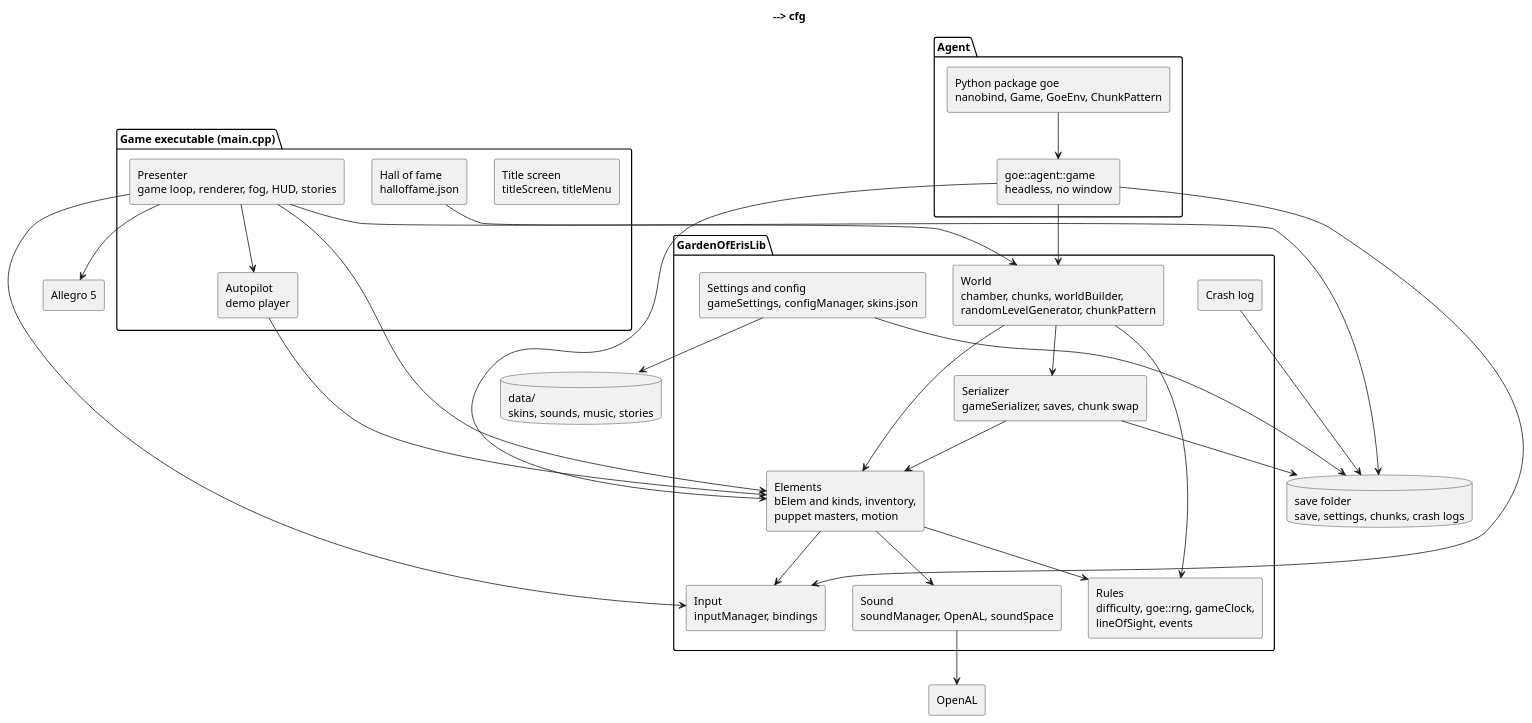
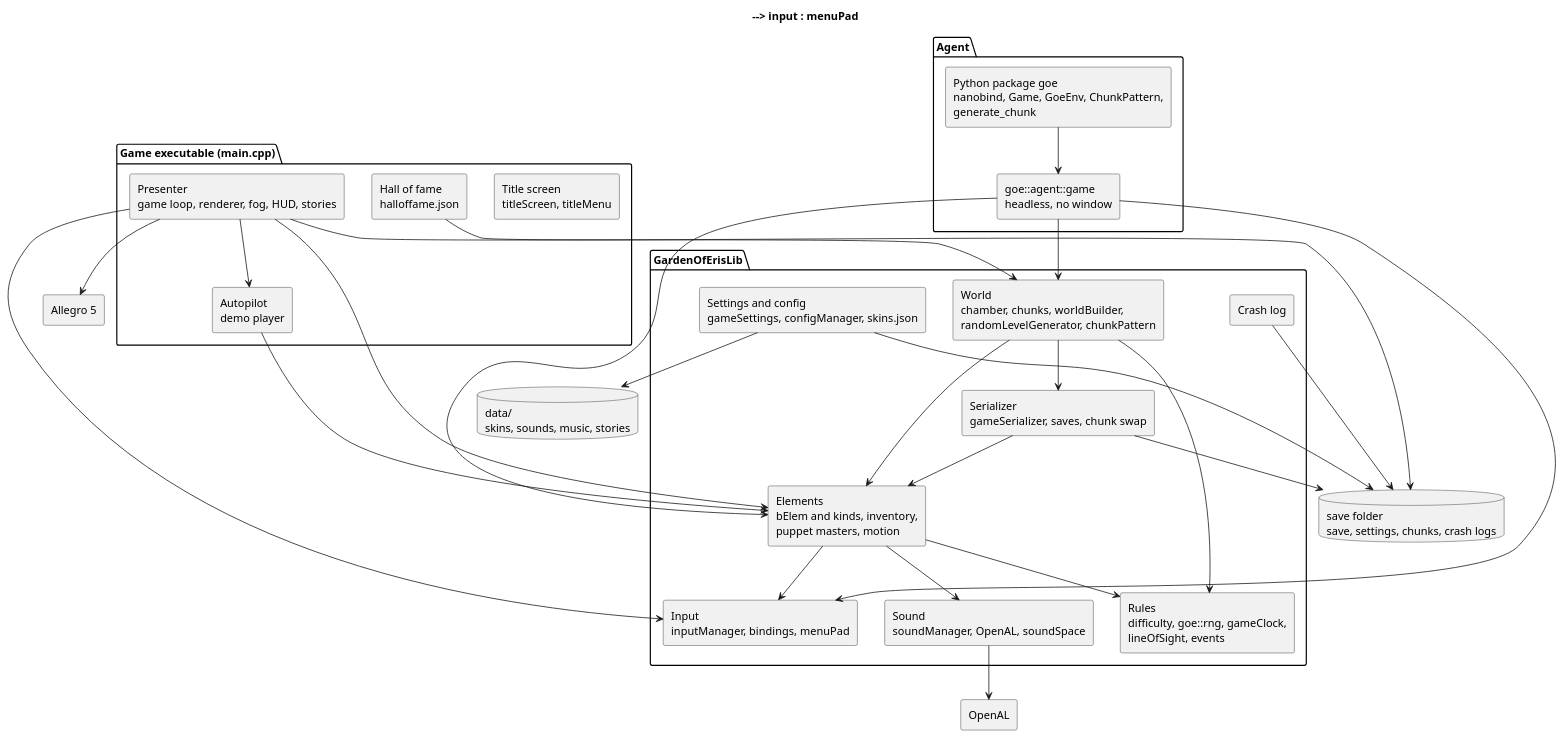
The diagram in docs/diagrams/14-components.puml (arielkonopka/Gardens-of-Eris), drawn with PlantUML before and after one commit. The commit also changed 33 other files, not shown here.

First line of the commit message:
Class docs in docs/classes, diagrams brought up to date, old documents removed

```diff
--- a/docs/diagrams/14-components.puml
+++ b/docs/diagrams/14-components.puml
@@ -1,59 +1,60 @@
 @startuml
 title Modules and how they depend on each other
 skinparam componentStyle rectangle
 
 package "Game executable (main.cpp)" {
   [Title screen\ntitleScreen, titleMenu] as title
   [Presenter\ngame loop, renderer, fog, HUD, stories] as pres
   [Autopilot\ndemo player] as pilot
   [Hall of fame\nhalloffame.json] as fame
 }
 
 package "GardenOfErisLib" {
   [Elements\nbElem and kinds, inventory,\npuppet masters, motion] as elems
   [World\nchamber, chunks, worldBuilder,\nrandomLevelGenerator, chunkPattern] as world
   [Serializer\ngameSerializer, saves, chunk swap] as ser
   [Rules\ndifficulty, goe::rng, gameClock,\nlineOfSight, events] as rules
-  [Input\ninputManager, bindings] as input
+  [Input\ninputManager, bindings, menuPad] as input
   [Sound\nsoundManager, OpenAL, soundSpace] as sound
   [Settings and config\ngameSettings, configManager, skins.json] as cfg
   [Crash log] as crash
 }
 
 package "Agent" {
   [goe::agent::game\nheadless, no window] as agent
-  [Python package goe\nnanobind, Game, GoeEnv, ChunkPattern] as python
+  [Python package goe\nnanobind, Game, GoeEnv, ChunkPattern,\ngenerate_chunk] as python
 }
 
 database "data/\nskins, sounds, music, stories" as data
 database "save folder\nsave, settings, chunks, crash logs" as saves
 [Allegro 5] as allegro
 [OpenAL] as openal
 
 title --> pres
 title --> fame
 pres --> pilot
 pres --> elems
 pres --> world
 pres --> input
 pres --> allegro
 pilot --> elems
 elems --> rules
 elems --> sound
 elems --> input
 world --> elems
 world --> rules
 world --> ser
 ser --> elems
 ser --> saves
 fame --> saves
 cfg --> data
 cfg --> saves
 sound --> openal
 title --> cfg
+title --> input : menuPad
 crash --> saves
 python --> agent
 agent --> world
 agent --> elems
 agent --> input
 @enduml
```
